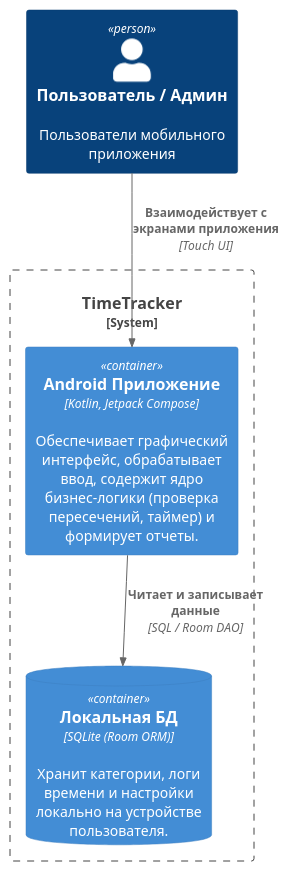
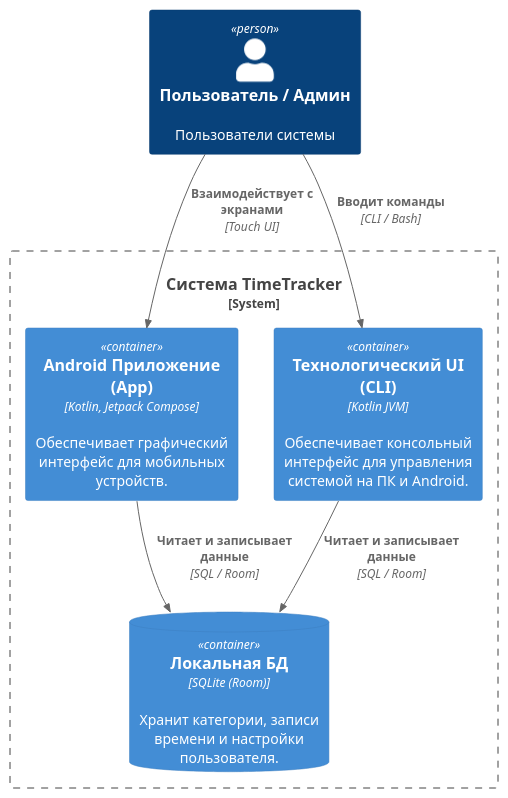
Before and after one commit to da-fuu/IU7_7sem_Web: the diagram in docs/L2.puml, drawn with PlantUML. The commit also changed 3 other files, not shown here.

```diff
--- a/docs/L2.puml
+++ b/docs/L2.puml
@@ -1,15 +1,21 @@
 @startuml
 !include <c4/C4_Container.puml>
 
-Person(user, "Пользователь / Админ", "Пользователи мобильного приложения")
+Person(user, "Пользователь / Админ", "Пользователи системы")
 
-System_Boundary(sms, "TimeTracker") {
+System_Boundary(time_tracker_system, "Система TimeTracker") {
 
-    Container(mobile_app, "Android Приложение", "Kotlin, Jetpack Compose", "Обеспечивает графический интерфейс, обрабатывает ввод, содержит ядро бизнес-логики (проверка пересечений, таймер) и формирует отчеты.")
-    ContainerDb(local_db, "Локальная БД", "SQLite (Room ORM)", "Хранит категории, логи времени и настройки локально на устройстве пользователя.")
+    Container(app, "Android Приложение (App)", "Kotlin, Jetpack Compose", "Обеспечивает графический интерфейс для мобильных устройств.")
+
+    Container(tech_ui, "Технологический UI (CLI)", "Kotlin JVM", "Обеспечивает консольный интерфейс для управления системой на ПК и Android.")
+
+    ContainerDb(local_db, "Локальная БД", "SQLite (Room)", "Хранит категории, записи времени и настройки пользователя.")
 }
 
-Rel(user, mobile_app, "Взаимодействует с экранами приложения", "Touch UI")
-Rel(mobile_app, local_db, "Читает и записывает данные", "SQL / Room DAO")
+Rel(user, app, "Взаимодействует с экранами", "Touch UI")
+Rel(user, tech_ui, "Вводит команды", "CLI / Bash")
+
+Rel(app, local_db, "Читает и записывает данные", "SQL / Room")
+Rel(tech_ui, local_db, "Читает и записывает данные", "SQL / Room")
 
 @enduml
```
